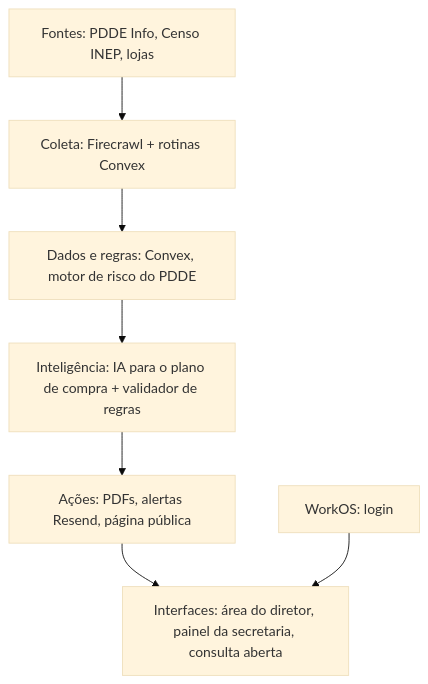
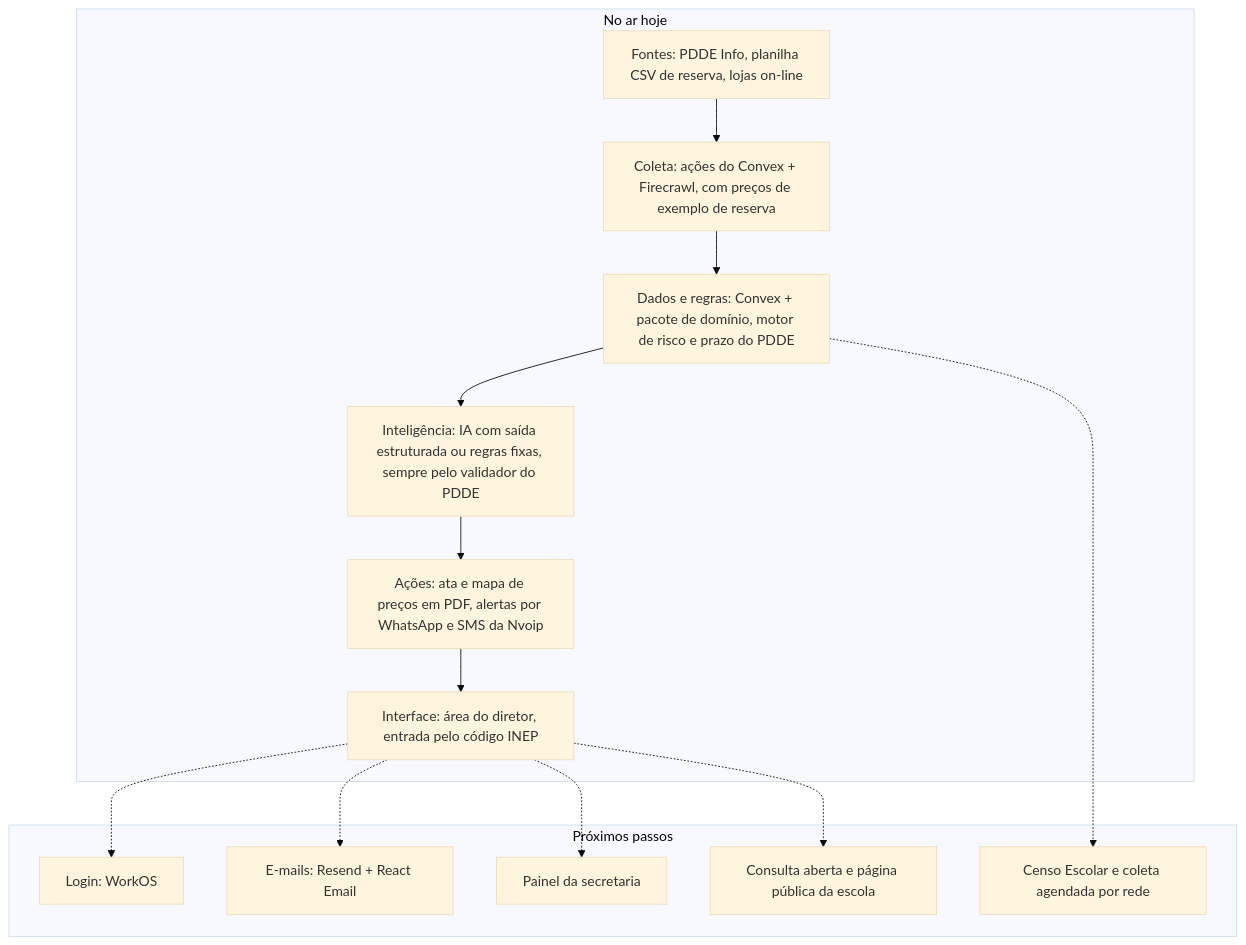
The diagram in README.md (JoaoBreganon/Hack-Brasil), drawn with Mermaid (base theme) before and after one commit. The commit also changed other lines of this file and 30 other files, not shown here.

First line of the commit message:
Feat: Preços de reserva, importação por CSV na tela e testes E2E no Playwright (M3/M4)

````diff
--- a/README.md
+++ b/README.md
@@ -58,9 +61,22 @@
 ```mermaid
 flowchart TD
-    A[Fontes: PDDE Info, Censo INEP, lojas] --> B[Coleta: Firecrawl + rotinas Convex]
-    B --> C[Dados e regras: Convex, motor de risco do PDDE]
-    C --> D[Inteligência: IA para o plano de compra + validador de regras]
-    D --> E[Ações: PDFs, alertas Resend, página pública]
-    E --> F[Interfaces: área do diretor, painel da secretaria, consulta aberta]
-    G[WorkOS: login] --> F
+    subgraph hoje [No ar hoje]
+        A[Fontes: PDDE Info, planilha CSV de reserva, lojas on-line] --> B[Coleta: ações do Convex + Firecrawl, com preços de exemplo de reserva]
+        B --> C[Dados e regras: Convex + pacote de domínio, motor de risco e prazo do PDDE]
+        C --> D[Inteligência: IA com saída estruturada ou regras fixas, sempre pelo validador do PDDE]
+        D --> E[Ações: ata e mapa de preços em PDF, alertas por WhatsApp e SMS da Nvoip]
+        E --> F[Interface: área do diretor, entrada pelo código INEP]
+    end
+    subgraph depois [Próximos passos]
+        G[Login: WorkOS]
+        H[E-mails: Resend + React Email]
+        I[Painel da secretaria]
+        J[Consulta aberta e página pública da escola]
+        K[Censo Escolar e coleta agendada por rede]
+    end
+    F -.-> G
+    F -.-> H
+    F -.-> I
+    F -.-> J
+    C -.-> K
 ```
````
